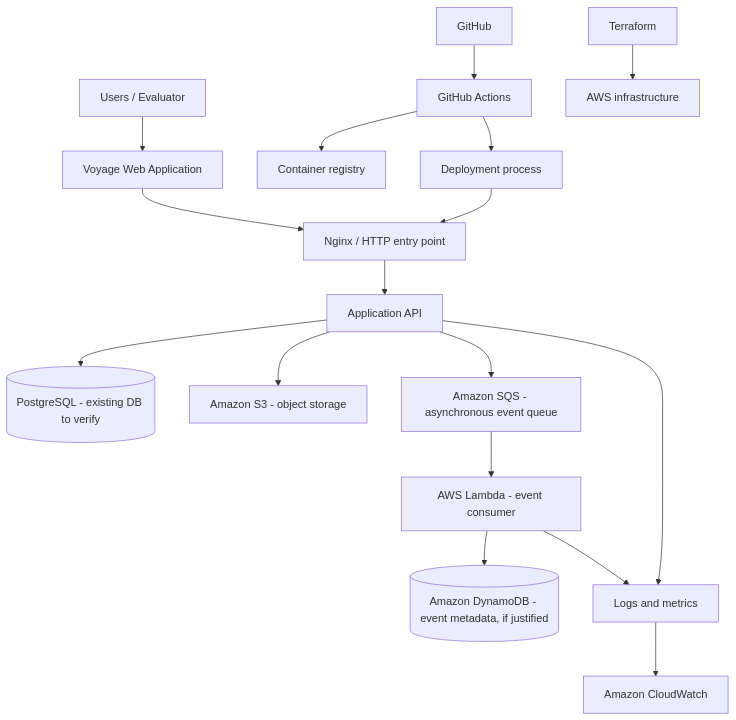
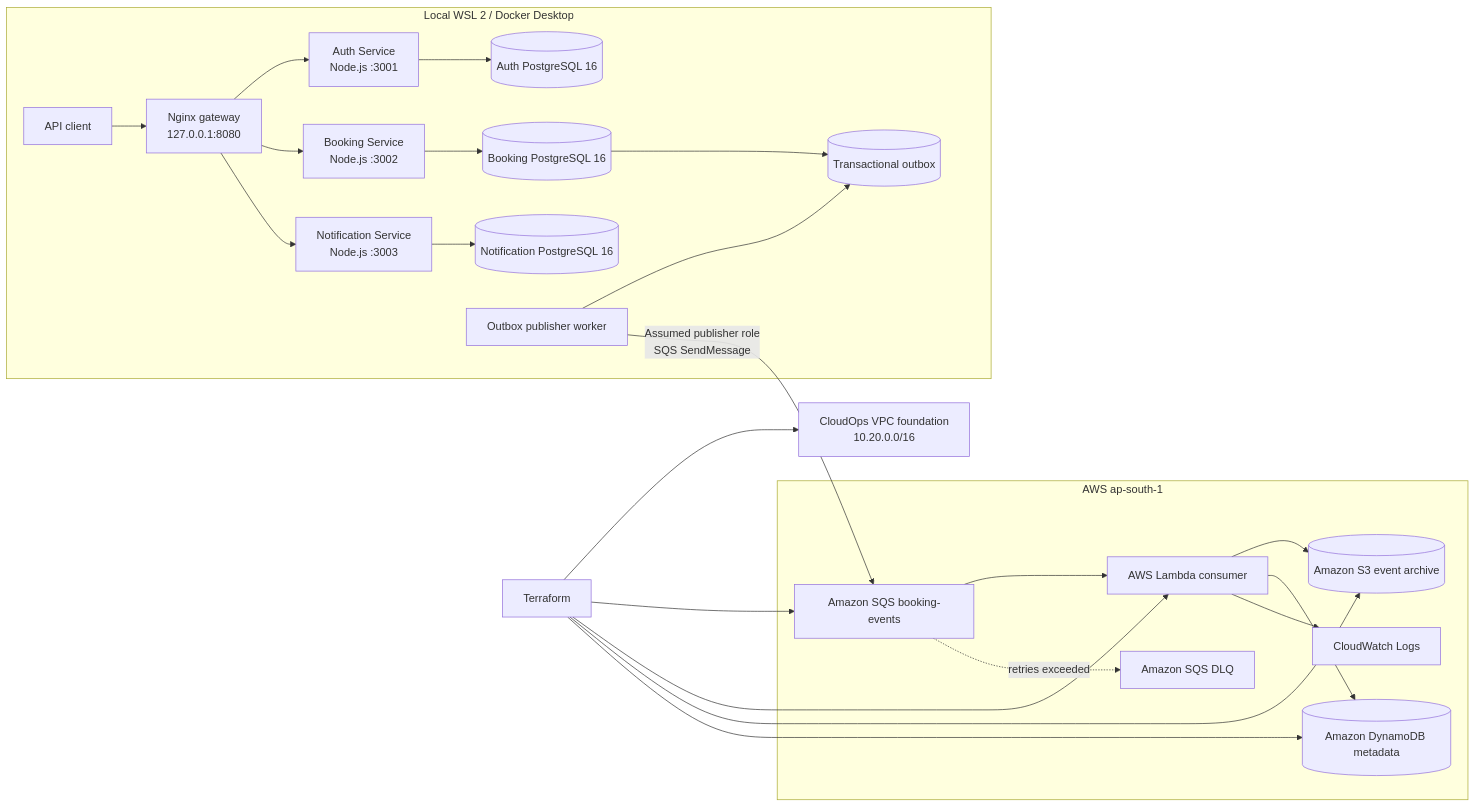
Before and after one commit to Arpan050/CloudOps-Enterprise-Platform: the diagram in docs/architecture/overview.md, drawn with Mermaid. The commit also changed other lines of this file, not shown here.

Commit message:
docs: replace proposed architecture with implemented system view

````diff
--- a/docs/architecture/overview.md
+++ b/docs/architecture/overview.md
@@ -8,19 +16,35 @@
 ```mermaid
-flowchart TD
-    U[Users / Evaluator] --> WEB[Voyage Web Application]
-    WEB --> RP[Nginx / HTTP entry point]
-    RP --> API[Application API]
-    API --> DB[(PostgreSQL - existing DB to verify)]
-    API --> OBJ[Amazon S3 - object storage]
-    API --> Q[Amazon SQS - asynchronous event queue]
-    Q --> L[AWS Lambda - event consumer]
-    L --> DDB[(Amazon DynamoDB - event metadata, if justified)]
-    API --> OBS[Logs and metrics]
-    L --> OBS
-    OBS --> CW[Amazon CloudWatch]
-    GH[GitHub] --> CI[GitHub Actions]
-    CI --> REG[Container registry]
-    CI --> DEP[Deployment process]
-    TF[Terraform] --> AWS[AWS infrastructure]
-    DEP --> RP
+flowchart LR
+  subgraph LOCAL["Local WSL 2 / Docker Desktop"]
+    U[API client] --> NG[Nginx gateway\n127.0.0.1:8080]
+    NG --> AUTH[Auth Service\nNode.js :3001]
+    NG --> BOOK[Booking Service\nNode.js :3002]
+    NG --> NOTIF[Notification Service\nNode.js :3003]
+    AUTH --> AUTHDB[(Auth PostgreSQL 16)]
+    BOOK --> BOOKDB[(Booking PostgreSQL 16)]
+    NOTIF --> NOTIFDB[(Notification PostgreSQL 16)]
+    BOOKDB --> OUTBOX[(Transactional outbox)]
+    WORKER[Outbox publisher worker] --> OUTBOX
+  end
+
+  subgraph AWS["AWS ap-south-1"]
+    SQS[Amazon SQS booking-events]
+    LAMBDA[AWS Lambda consumer]
+    S3[(Amazon S3 event archive)]
+    DDB[(Amazon DynamoDB metadata)]
+    CW[CloudWatch Logs]
+    DLQ[Amazon SQS DLQ]
+    SQS --> LAMBDA
+    LAMBDA --> S3
+    LAMBDA --> DDB
+    LAMBDA --> CW
+    SQS -. retries exceeded .-> DLQ
+  end
+
+  WORKER -->|Assumed publisher role\nSQS SendMessage| SQS
+  TF[Terraform] --> VPC[CloudOps VPC foundation\n10.20.0.0/16]
+  TF --> SQS
+  TF --> LAMBDA
+  TF --> S3
+  TF --> DDB
 ```
````
